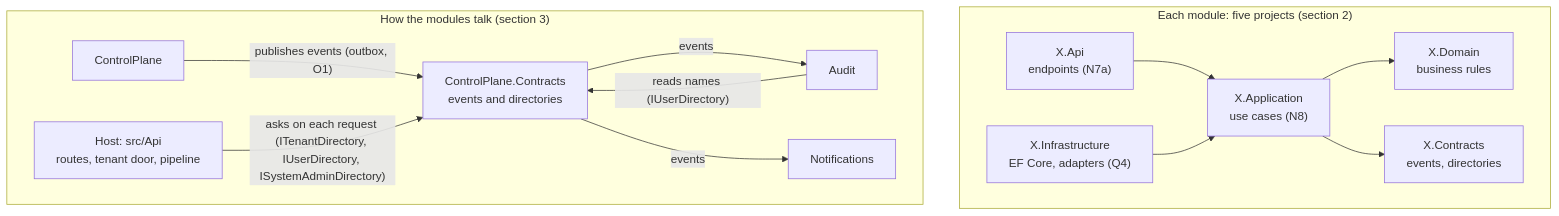
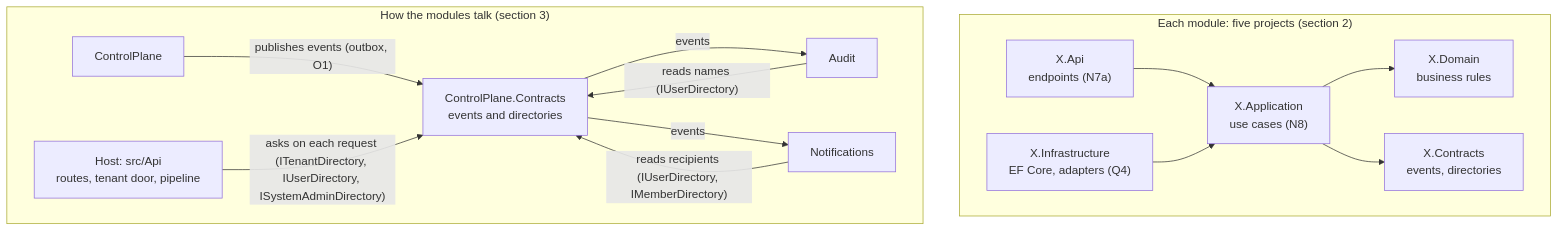
The diagram in apps/api/docs/ARCHITECTURE.md (sufyant/multi-tenant-saas-starter), drawn with Mermaid before and after one commit. The commit also changed other lines of this file and 7 other files, not shown here.

First line of the commit message:
Document in-app notifications: rules U1 to U8 and their flow

````diff
--- a/apps/api/docs/ARCHITECTURE.md
+++ b/apps/api/docs/ARCHITECTURE.md
@@ -13,23 +13,24 @@
 ```mermaid
 flowchart TB
   subgraph module["Each module: five projects (section 2)"]
     direction LR
     api["X.Api<br/>endpoints (N7a)"] --> app["X.Application<br/>use cases (N8)"]
     app --> domain["X.Domain<br/>business rules"]
     infra["X.Infrastructure<br/>EF Core, adapters (Q4)"] --> app
     app --> contracts["X.Contracts<br/>events, directories"]
   end
   subgraph modules["How the modules talk (section 3)"]
     direction LR
     host["Host: src/Api<br/>routes, tenant door, pipeline"]
     cp["ControlPlane"]
     cpc["ControlPlane.Contracts<br/>events and directories"]
     audit["Audit"]
     notify["Notifications"]
     cp -- "publishes events (outbox, O1)" --> cpc
     cpc -- "events" --> audit
     cpc -- "events" --> notify
     audit -- "reads names (IUserDirectory)" --> cpc
+    notify -- "reads recipients (IUserDirectory, IMemberDirectory)" --> cpc
     host -- "asks on each request (ITenantDirectory, IUserDirectory, ISystemAdminDirectory)" --> cpc
   end
 ```
````
